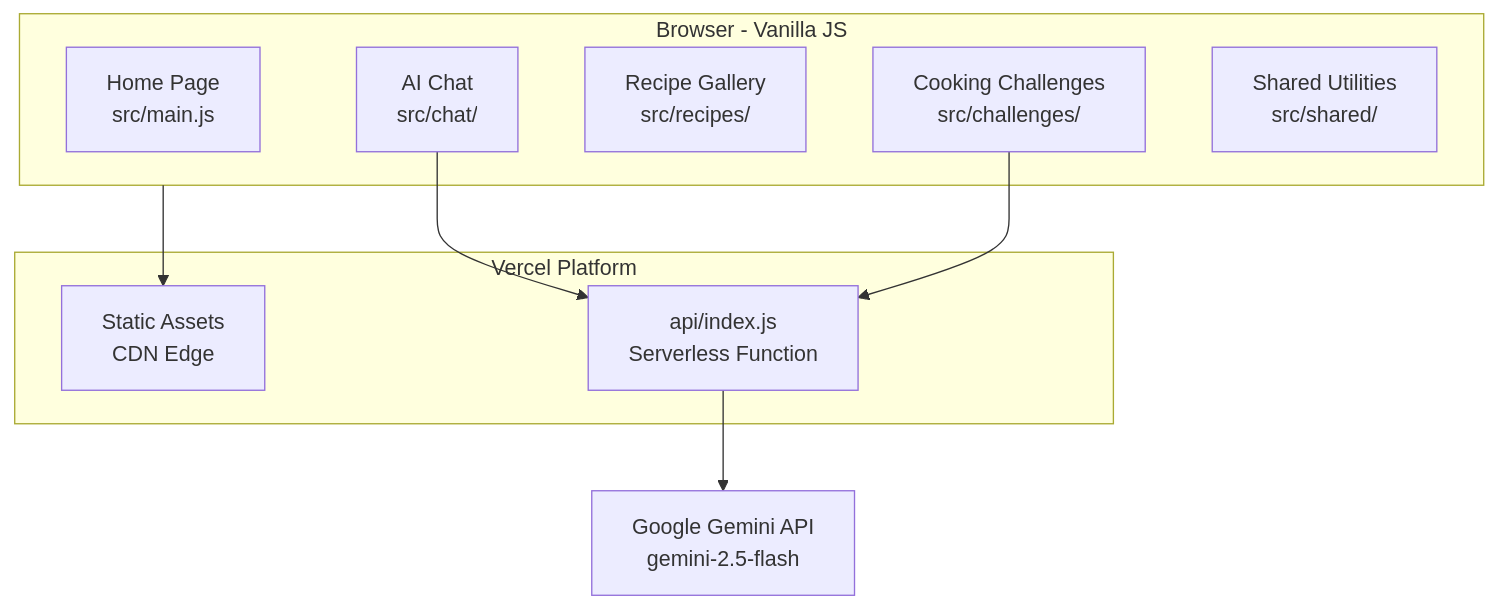
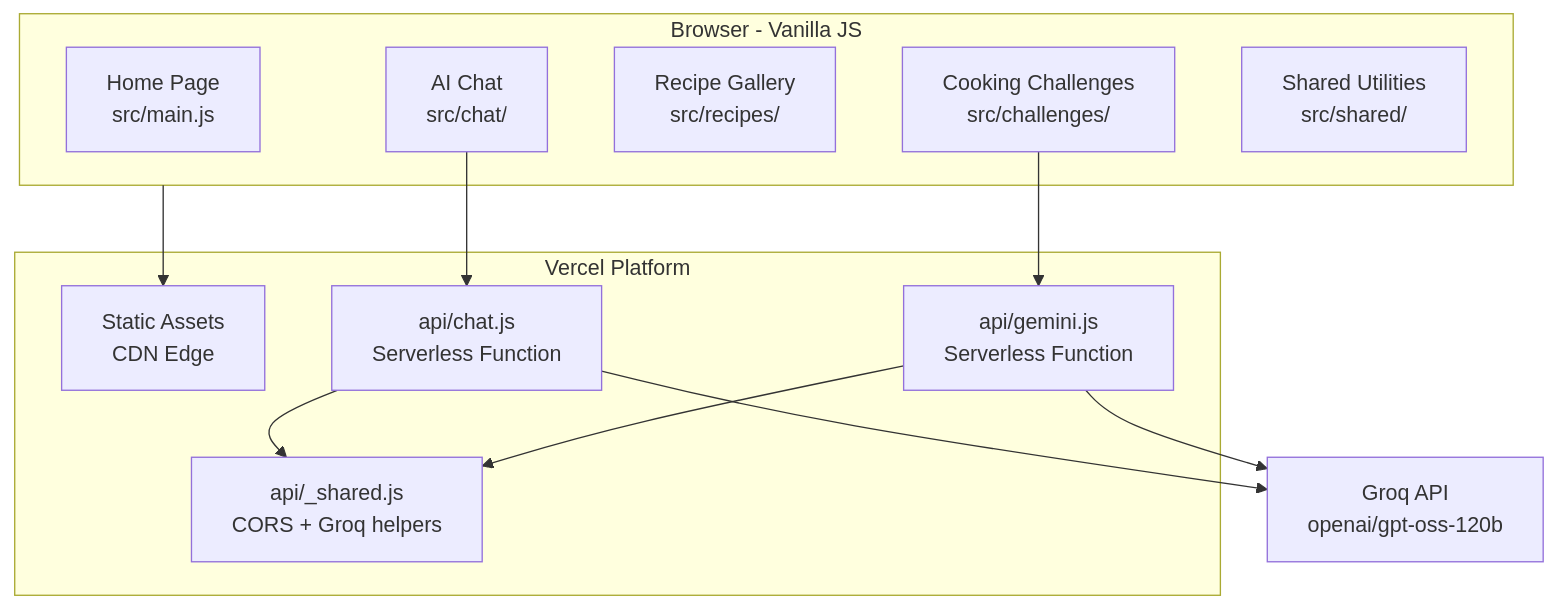
The diagram in README.md (KennedySilva8907/GASTRO-AI-PAP), drawn with Mermaid before and after one commit. The commit also changed other lines of this file and 2 other files, not shown here.

First line of the commit message:
docs: update for Groq backend migration

````diff
--- a/README.md
+++ b/README.md
@@ -36,22 +36,27 @@
 ```mermaid
 graph TD
     subgraph Client ["Browser - Vanilla JS"]
         Home["Home Page<br/>src/main.js"]
         Chat["AI Chat<br/>src/chat/"]
         Recipes["Recipe Gallery<br/>src/recipes/"]
         Challenges["Cooking Challenges<br/>src/challenges/"]
         Shared["Shared Utilities<br/>src/shared/"]
     end
 
     subgraph Vercel ["Vercel Platform"]
         Static["Static Assets<br/>CDN Edge"]
-        API["api/index.js<br/>Serverless Function"]
+        ChatFn["api/chat.js<br/>Serverless Function"]
+        RecipeFn["api/gemini.js<br/>Serverless Function"]
+        Shared2["api/_shared.js<br/>CORS + Groq helpers"]
     end
 
-    Gemini["Google Gemini API<br/>gemini-2.5-flash"]
+    Groq["Groq API<br/>openai/gpt-oss-120b"]
 
-    Chat --> API
-    Challenges --> API
-    API --> Gemini
+    Chat --> ChatFn
+    Challenges --> RecipeFn
+    ChatFn --> Shared2
+    RecipeFn --> Shared2
+    ChatFn --> Groq
+    RecipeFn --> Groq
     Client --> Static
 ```
````
